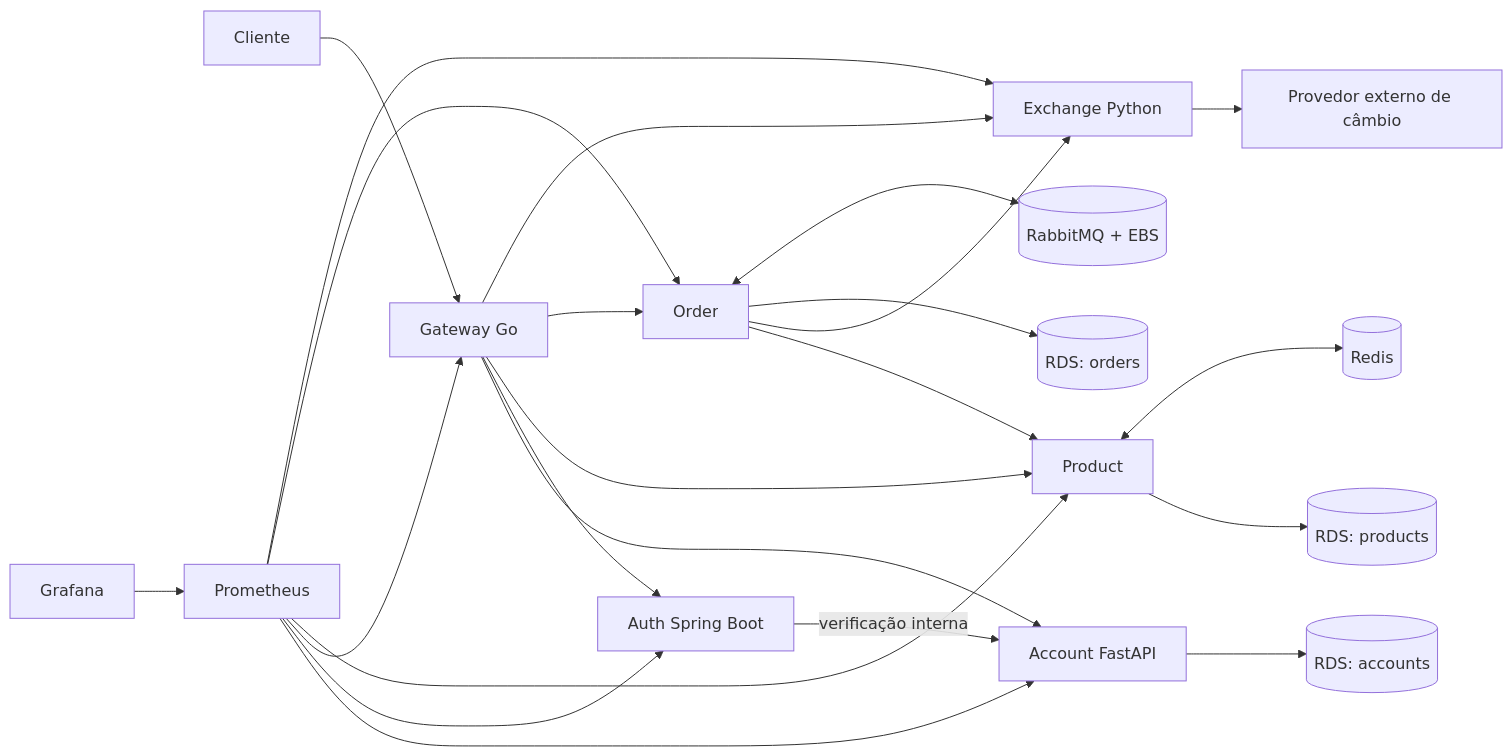
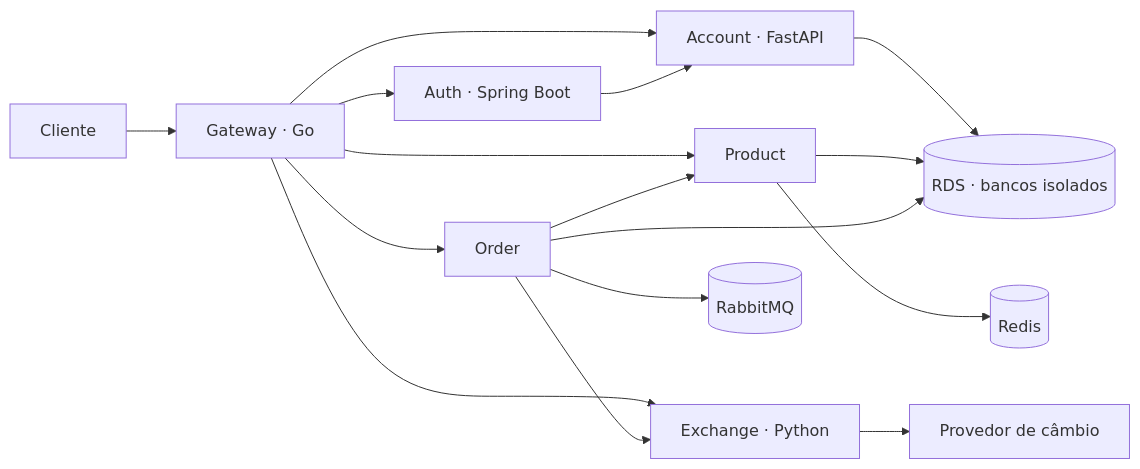
One commit to Microserv-1/store-docs-a changed the diagram in docs/index.md. Above: the diagram before and after it, drawn with Mermaid. The commit also changed other lines of this file and 10 other files, not shown here.

````diff
--- a/docs/index.md
+++ b/docs/index.md
@@ -24,25 +11,18 @@
 ```mermaid
 flowchart LR
-    Client[Cliente] --> Gateway[Gateway Go]
-    Gateway --> Account[Account FastAPI]
-    Gateway --> Auth[Auth Spring Boot]
-    Auth -->|verificação interna| Account
-    Account --> Accounts[(RDS: accounts)]
-    Gateway --> Product[Product]
-    Gateway --> Order[Order]
-    Gateway --> Exchange[Exchange Python]
+    Cliente --> Gateway[Gateway · Go]
+    Gateway --> Account[Account · FastAPI]
+    Gateway --> Auth[Auth · Spring Boot]
+    Auth --> Account
+    Gateway --> Product
+    Gateway --> Order
+    Gateway --> Exchange[Exchange · Python]
     Order --> Product
     Order --> Exchange
-    Product --> Products[(RDS: products)]
-    Order --> Orders[(RDS: orders)]
-    Product <--> Redis[(Redis)]
-    Order <--> RabbitMQ[(RabbitMQ + EBS)]
-    Exchange --> FX[Provedor externo de câmbio]
-    Metrics[Prometheus] --> Account
-    Metrics --> Auth
-    Metrics --> Gateway
-    Metrics --> Product
-    Metrics --> Order
-    Metrics --> Exchange
-    Grafana --> Metrics
+    Exchange --> Provedor[Provedor de câmbio]
+    Account --> RDS[(RDS · bancos isolados)]
+    Product --> RDS
+    Order --> RDS
+    Product --> Redis[(Redis)]
+    Order --> RabbitMQ[(RabbitMQ)]
 ```
````
